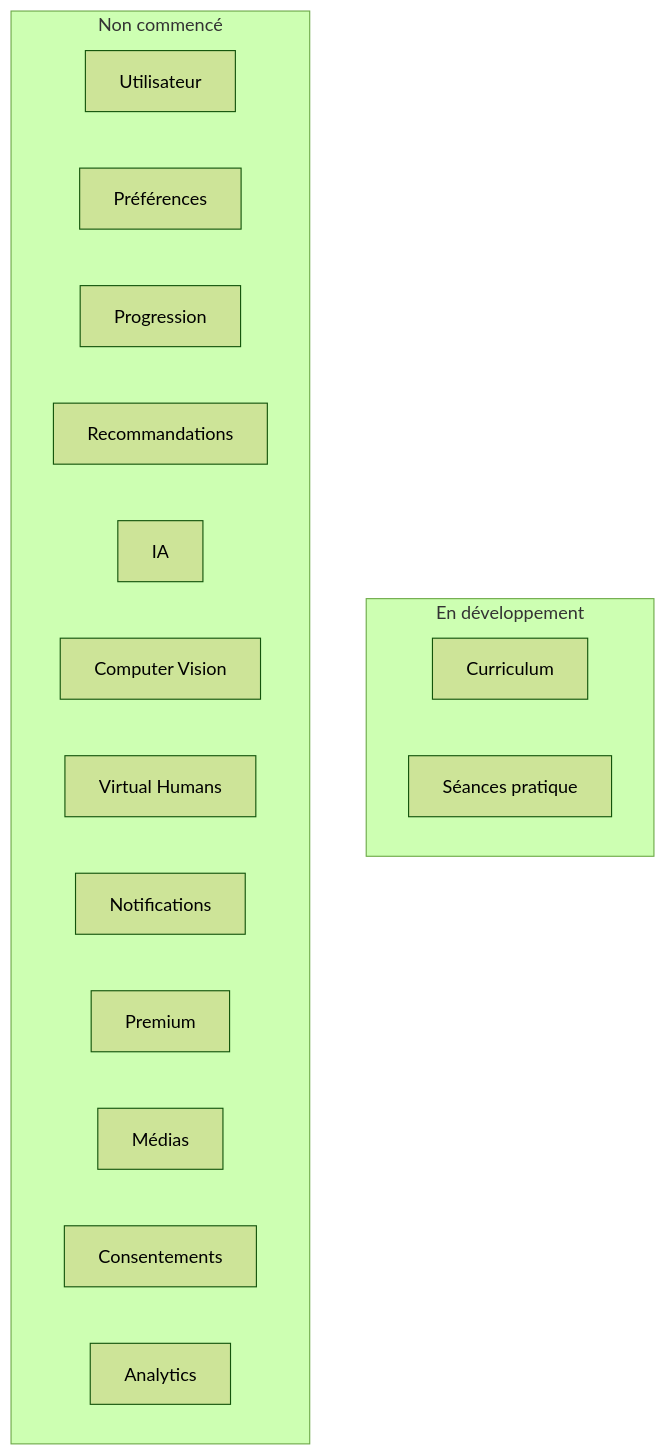
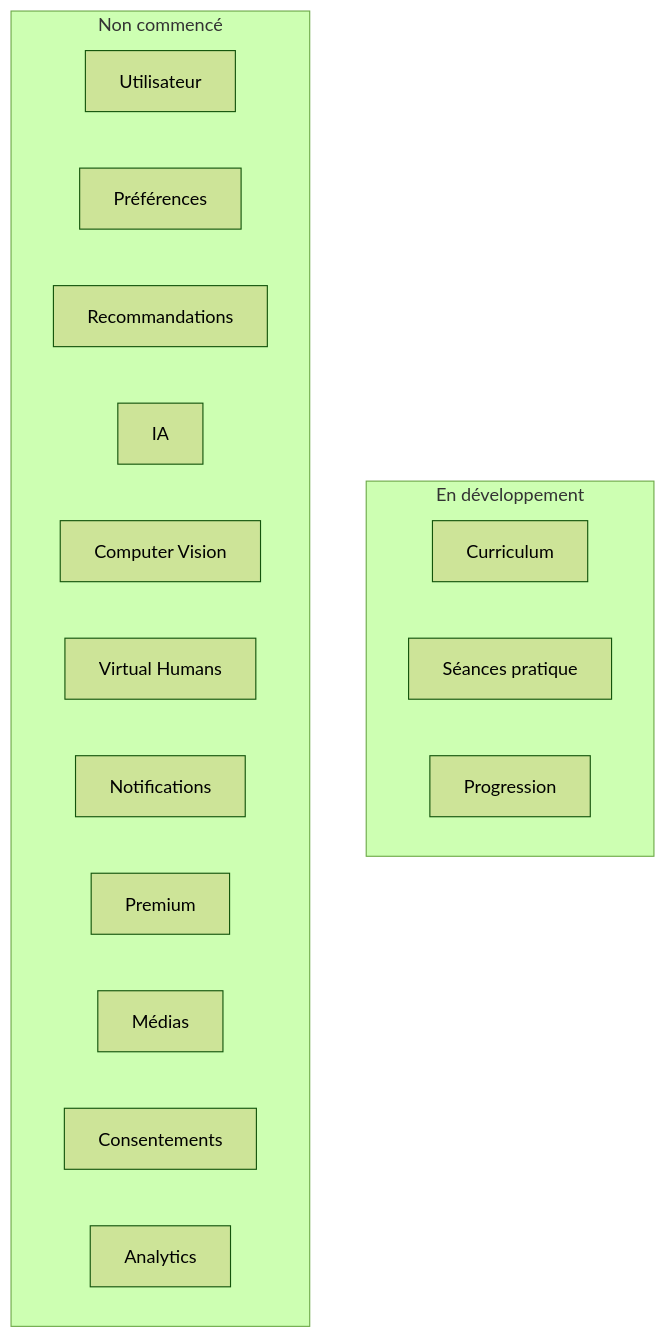
One commit to JavaChrist/Tai-Chi-AI-Coach changed the first of 5 diagrams in docs/runtime/03_DATA_STATUS.md. Above: the diagram before and after it, drawn with Mermaid (forest theme). The commit also changed other lines of this file and 17 other files, not shown here.

````diff
--- a/docs/runtime/03_DATA_STATUS.md
+++ b/docs/runtime/03_DATA_STATUS.md
@@ -78,21 +79,21 @@
 ```mermaid
 flowchart TB
   subgraph EnDev[En développement]
     C[Curriculum]
     S[Séances pratique]
+    PR[Progression]
   end
   subgraph NonCommence[Non commencé]
     U[Utilisateur]
     P[Préférences]
-    PR[Progression]
     R[Recommandations]
     IA[IA]
     CV[Computer Vision]
     VH[Virtual Humans]
     N[Notifications]
     PRE[Premium]
     M[Médias]
     CO[Consentements]
     A[Analytics]
   end
 ```
````
